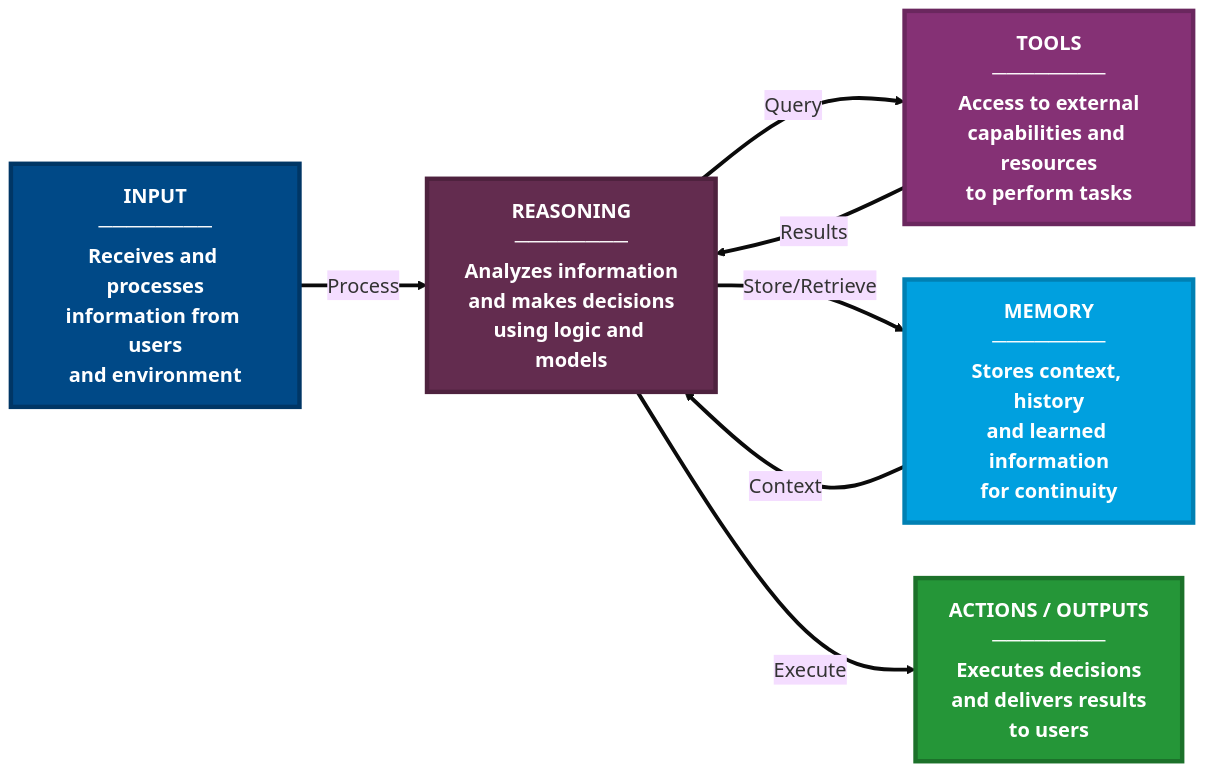
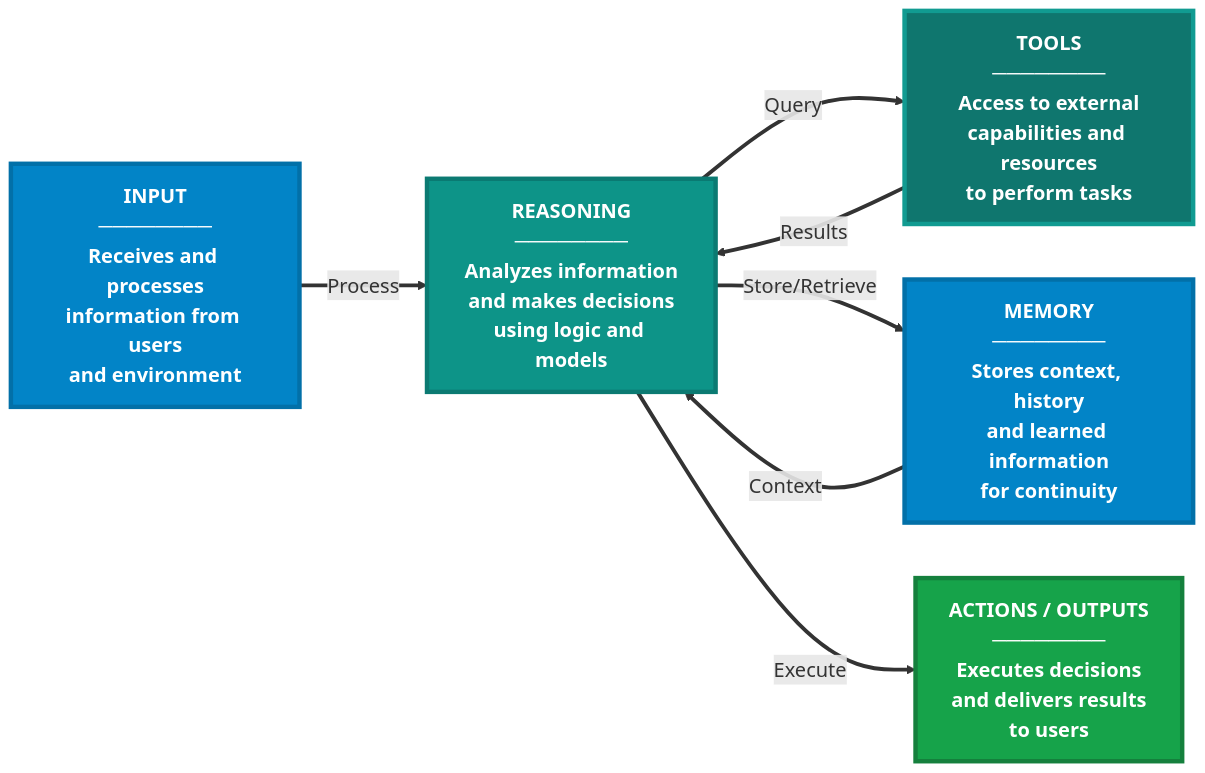
The first of 5 diagrams in docs/concepts/ai-agents.md (nitin27may/ai-resources), drawn with Mermaid before and after one commit. The commit also changed other lines of this file and 84 other files, not shown here.

````diff
--- a/docs/concepts/ai-agents.md
+++ b/docs/concepts/ai-agents.md
@@ -20,29 +57,29 @@
 ```mermaid
-%%{init: {'theme':'base', 'themeVariables': {'fontSize':'18px'}}}%%
+%%{init: {'themeVariables': {'fontSize':'18px'}}}%%
 
 flowchart LR
     Input["INPUT<br/>────────<br/>Receives and processes<br/>information from users<br/>and environment"]
     
     Reasoning["REASONING<br/>────────<br/>Analyzes information<br/>and makes decisions<br/>using logic and models"]
     
     Tools["TOOLS<br/>────────<br/>Access to external<br/>capabilities and resources<br/>to perform tasks"]
     
     Memory["MEMORY<br/>────────<br/>Stores context, history<br/>and learned information<br/>for continuity"]
     
     Output["ACTIONS / OUTPUTS<br/>────────<br/>Executes decisions<br/>and delivers results<br/>to users"]
     
     Input ==>|Process| Reasoning
     Reasoning ==>|Query| Tools
     Reasoning ==>|Store/Retrieve| Memory
     Tools ==>|Results| Reasoning
     Memory ==>|Context| Reasoning
     Reasoning ==>|Execute| Output
 
     
-    style Input fill:#004987,stroke:#003665,stroke-width:4px,color:#ffffff,font-weight:bold
-    style Reasoning fill:#632C4F,stroke:#4E223E,stroke-width:4px,color:#ffffff,font-weight:bold
-    style Tools fill:#853175,stroke:#6A275E,stroke-width:4px,color:#ffffff,font-weight:bold
-    style Memory fill:#00A0DF,stroke:#0080B3,stroke-width:4px,color:#ffffff,font-weight:bold
-    style Output fill:#259638,stroke:#1C712A,stroke-width:4px,color:#ffffff,font-weight:bold
+    style Input fill:#0284c7,stroke:#0270a8,stroke-width:4px,color:#ffffff,font-weight:bold
+    style Reasoning fill:#0d9488,stroke:#0b7a72,stroke-width:4px,color:#ffffff,font-weight:bold
+    style Tools fill:#0f766e,stroke:#119b91,stroke-width:4px,color:#ffffff,font-weight:bold
+    style Memory fill:#0284c7,stroke:#0270a8,stroke-width:4px,color:#ffffff,font-weight:bold
+    style Output fill:#16a34a,stroke:#15803d,stroke-width:4px,color:#ffffff,font-weight:bold
 
 ```
````
